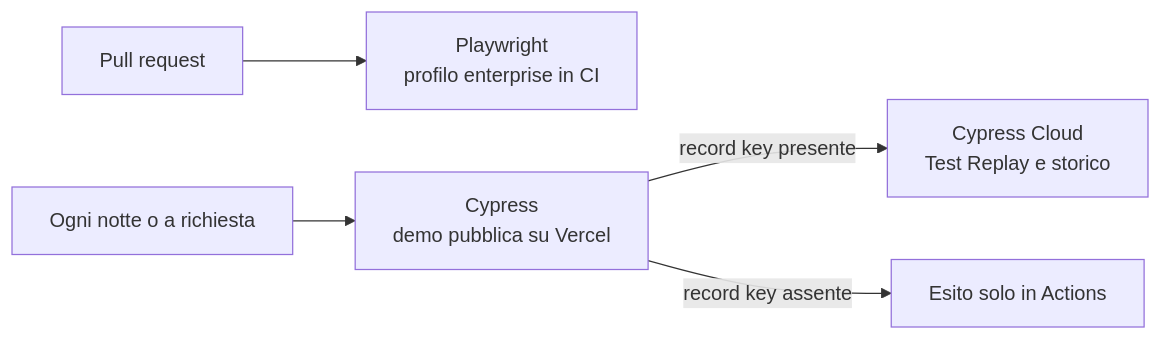
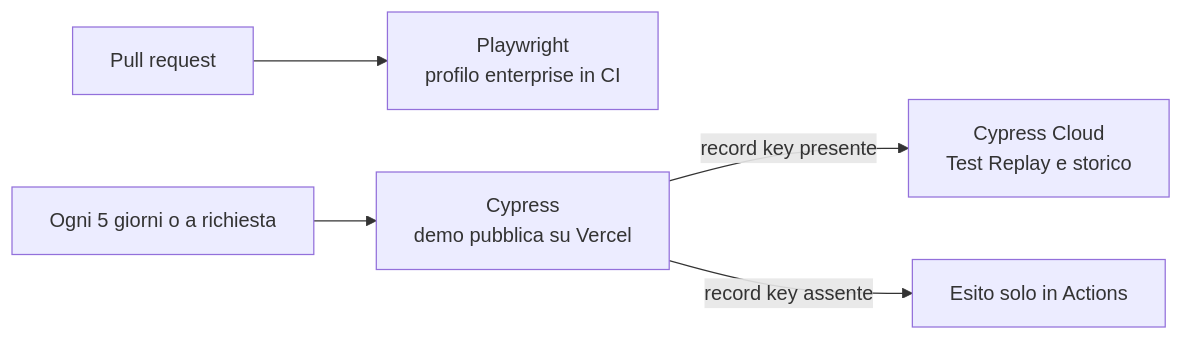
The third of 3 diagrams in concetti/qualita-e-collaudo.mdx (peppe-ruv/Loyalty_Sys), drawn with Mermaid before and after one commit. The commit also changed other lines of this file and 4 other files, not shown here.

First line of the commit message:
docs(adr): Cypress sulla demo ogni cinque giorni [ADR-054, Q-711]

````diff
--- a/concetti/qualita-e-collaudo.mdx
+++ b/concetti/qualita-e-collaudo.mdx
@@ -74,9 +74,9 @@
 ```mermaid
 flowchart LR
   accTitle: Due strumenti per due profili
-  accDescr: Nelle pull request Playwright verifica lo stack enterprise di CI. Ogni notte e a richiesta Cypress verifica la demo pubblica su Vercel con le persone simulate e registra la corsa su Cypress Cloud se il segreto della record key è presente.
+  accDescr: Nelle pull request Playwright verifica lo stack enterprise di CI. Ogni cinque giorni e a richiesta Cypress verifica la demo pubblica su Vercel con le persone simulate e registra la corsa su Cypress Cloud se il segreto della record key è presente.
   PR[Pull request] --> PW[Playwright<br/>profilo enterprise in CI]
-  NOTTE[Ogni notte o a richiesta] --> CY[Cypress<br/>demo pubblica su Vercel]
+  NOTTE[Ogni 5 giorni o a richiesta] --> CY[Cypress<br/>demo pubblica su Vercel]
   CY -->|record key presente| CC[Cypress Cloud<br/>Test Replay e storico]
   CY -->|record key assente| GA[Esito solo in Actions]
 ```
````
